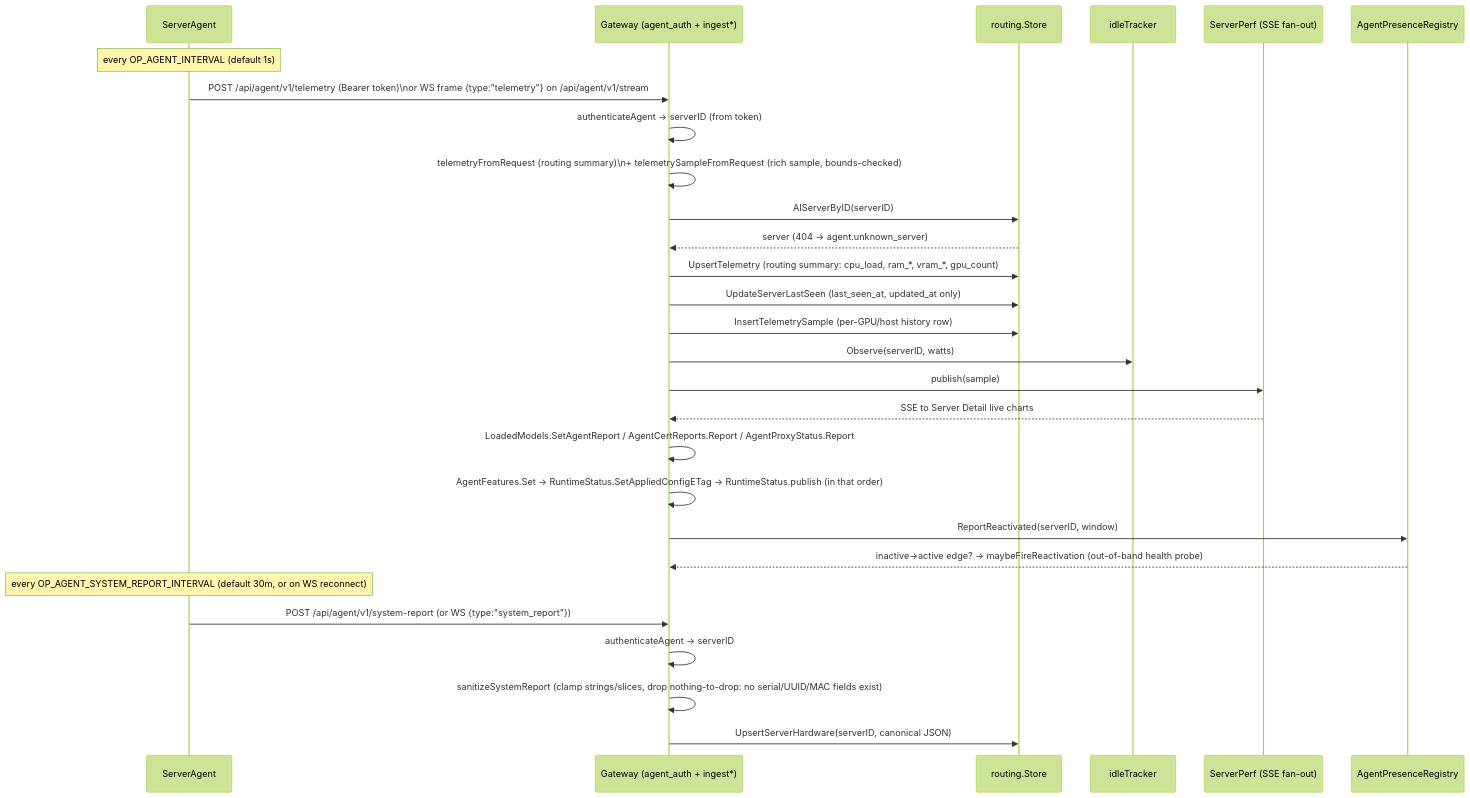
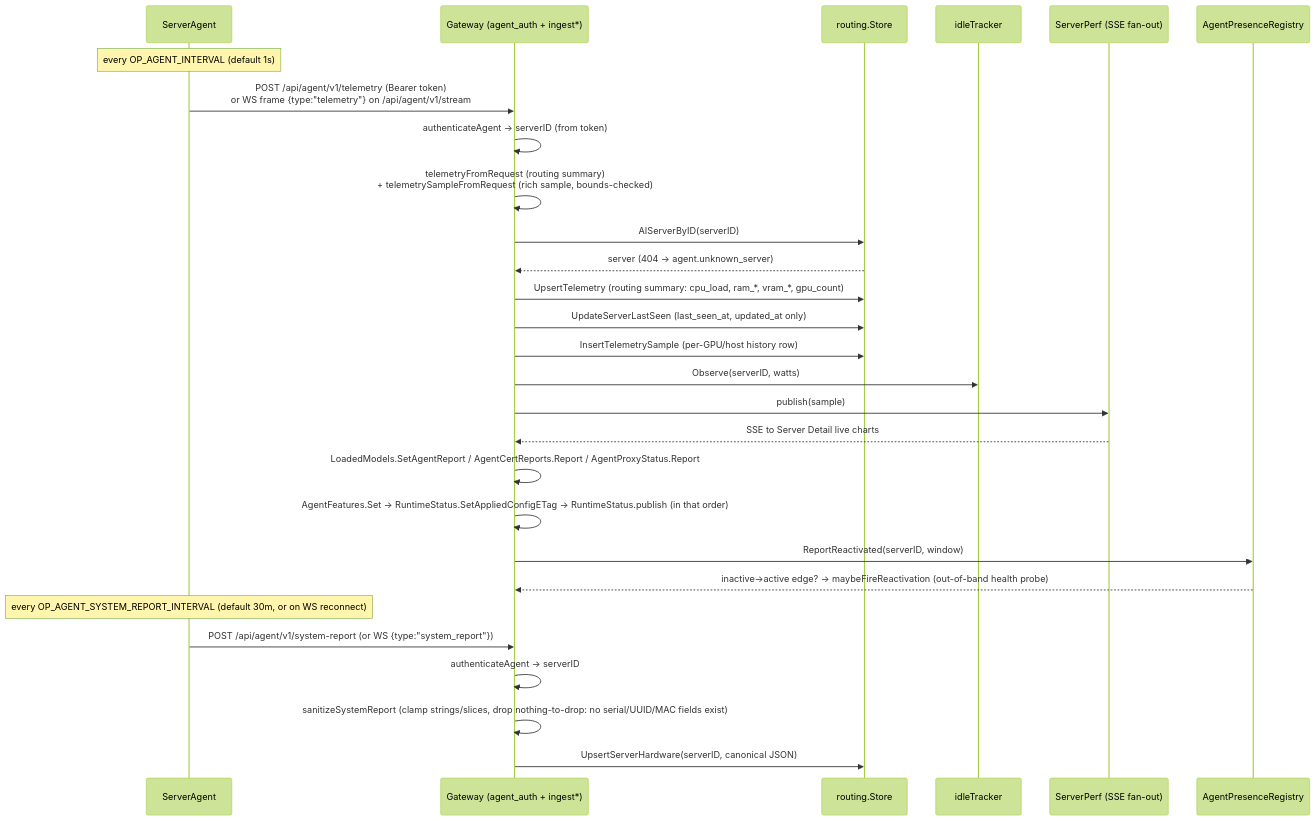
One commit to JLor08/op-ai-gateway changed the first of 3 diagrams in docs/architecture/cross-cutting/telemetry-usage-observability.md. Above: the diagram before and after it, drawn with Mermaid (forest theme). The commit also changed other lines of this file and 10 other files, not shown here.

First line of the commit message:
docs(architecture): fix Mermaid diagrams that do not render (#374)

````diff
--- a/docs/architecture/cross-cutting/telemetry-usage-observability.md
+++ b/docs/architecture/cross-cutting/telemetry-usage-observability.md
@@ -218,32 +218,32 @@
 ```mermaid
 sequenceDiagram
     participant A as ServerAgent
     participant GW as Gateway (agent_auth + ingest*)
     participant St as routing.Store
     participant Idle as idleTracker
     participant Perf as ServerPerf (SSE fan-out)
     participant Pres as AgentPresenceRegistry
 
     Note over A: every OP_AGENT_INTERVAL (default 1s)
-    A->>GW: POST /api/agent/v1/telemetry (Bearer token)\nor WS frame {type:"telemetry"} on /api/agent/v1/stream
+    A->>GW: POST /api/agent/v1/telemetry (Bearer token)<br/>or WS frame {type:"telemetry"} on /api/agent/v1/stream
     GW->>GW: authenticateAgent → serverID (from token)
-    GW->>GW: telemetryFromRequest (routing summary)\n+ telemetrySampleFromRequest (rich sample, bounds-checked)
+    GW->>GW: telemetryFromRequest (routing summary)<br/>+ telemetrySampleFromRequest (rich sample, bounds-checked)
     GW->>St: AIServerByID(serverID)
     St-->>GW: server (404 → agent.unknown_server)
     GW->>St: UpsertTelemetry (routing summary: cpu_load, ram_*, vram_*, gpu_count)
     GW->>St: UpdateServerLastSeen (last_seen_at, updated_at only)
     GW->>St: InsertTelemetrySample (per-GPU/host history row)
     GW->>Idle: Observe(serverID, watts)
     GW->>Perf: publish(sample)
     Perf-->>GW: SSE to Server Detail live charts
     GW->>GW: LoadedModels.SetAgentReport / AgentCertReports.Report / AgentProxyStatus.Report
     GW->>GW: AgentFeatures.Set → RuntimeStatus.SetAppliedConfigETag → RuntimeStatus.publish (in that order)
     GW->>Pres: ReportReactivated(serverID, window)
     Pres-->>GW: inactive→active edge? → maybeFireReactivation (out-of-band health probe)
 
     Note over A: every OP_AGENT_SYSTEM_REPORT_INTERVAL (default 30m, or on WS reconnect)
     A->>GW: POST /api/agent/v1/system-report (or WS {type:"system_report"})
     GW->>GW: authenticateAgent → serverID
     GW->>GW: sanitizeSystemReport (clamp strings/slices, drop nothing-to-drop: no serial/UUID/MAC fields exist)
     GW->>St: UpsertServerHardware(serverID, canonical JSON)
 ```
````
